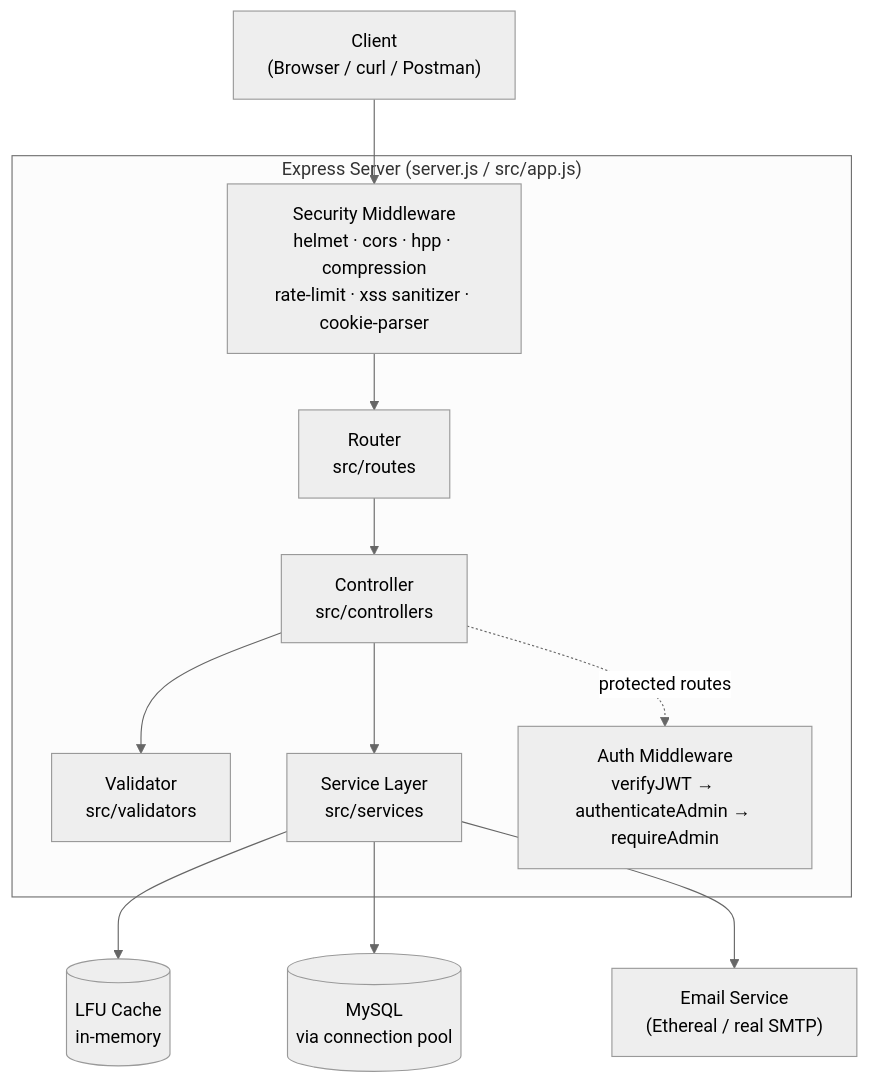
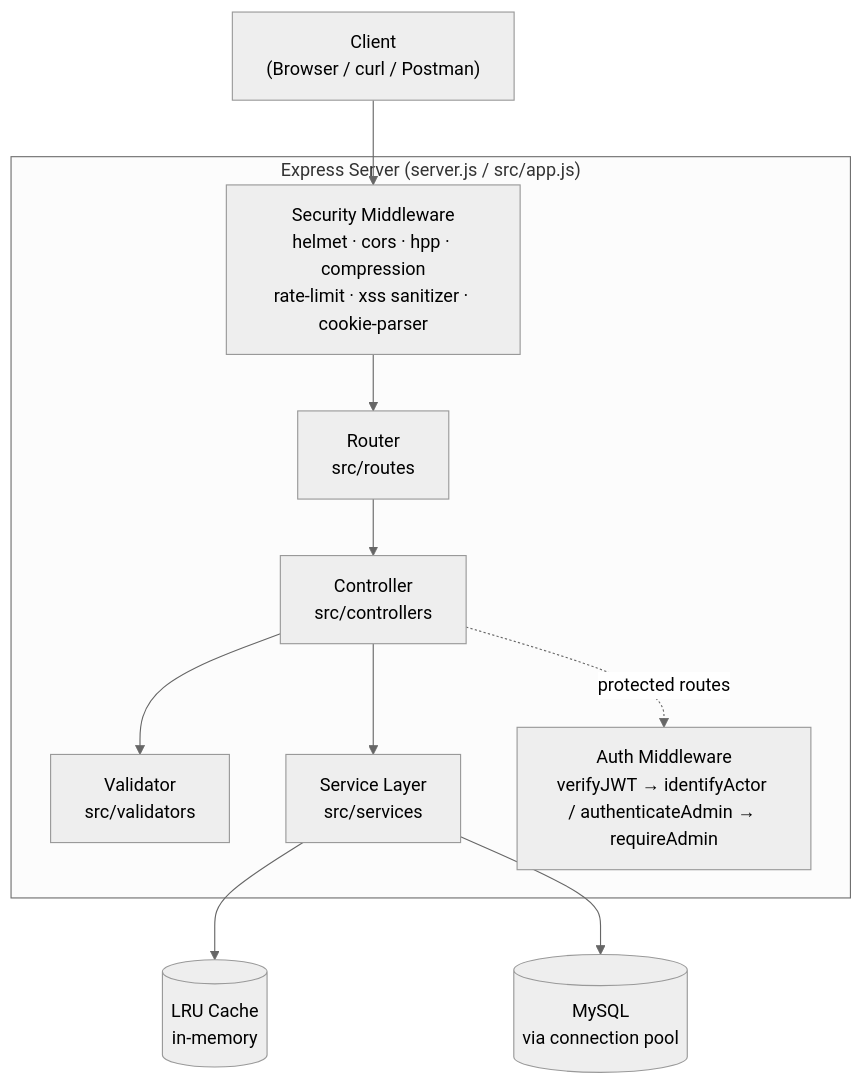
Before and after one commit to dipakpm59/url-shortener: the first of 5 diagrams in docs/ARCHITECTURE.md, drawn with Mermaid (neutral theme). The commit also changed other lines of this file and 10 other files, not shown here.

First line of the commit message:
Fix documentation left stale by the LRU rebrand, role-auth, and health-check removal commits

````diff
--- a/docs/ARCHITECTURE.md
+++ b/docs/ARCHITECTURE.md
@@ -11,25 +11,23 @@
 ```mermaid
 flowchart TB
     Client["Client<br/>(Browser / curl / Postman)"]
 
     subgraph Server["Express Server (server.js / src/app.js)"]
         MW["Security Middleware<br/>helmet · cors · hpp · compression<br/>rate-limit · xss sanitizer · cookie-parser"]
         Router["Router<br/>src/routes"]
         Controller["Controller<br/>src/controllers"]
         Validator["Validator<br/>src/validators"]
         Service["Service Layer<br/>src/services"]
-        Auth["Auth Middleware<br/>verifyJWT → authenticateAdmin → requireAdmin"]
+        Auth["Auth Middleware<br/>verifyJWT → identifyActor / authenticateAdmin → requireAdmin"]
     end
 
-    Cache[("LFU Cache<br/>in-memory")]
+    Cache[("LRU Cache<br/>in-memory")]
     DB[("MySQL<br/>via connection pool")]
-    Mail["Email Service<br/>(Ethereal / real SMTP)"]
 
     Client --> MW --> Router --> Controller
     Controller --> Validator
     Controller -.protected routes.-> Auth
     Controller --> Service
     Service --> Cache
     Service --> DB
-    Service --> Mail
 ```
````
